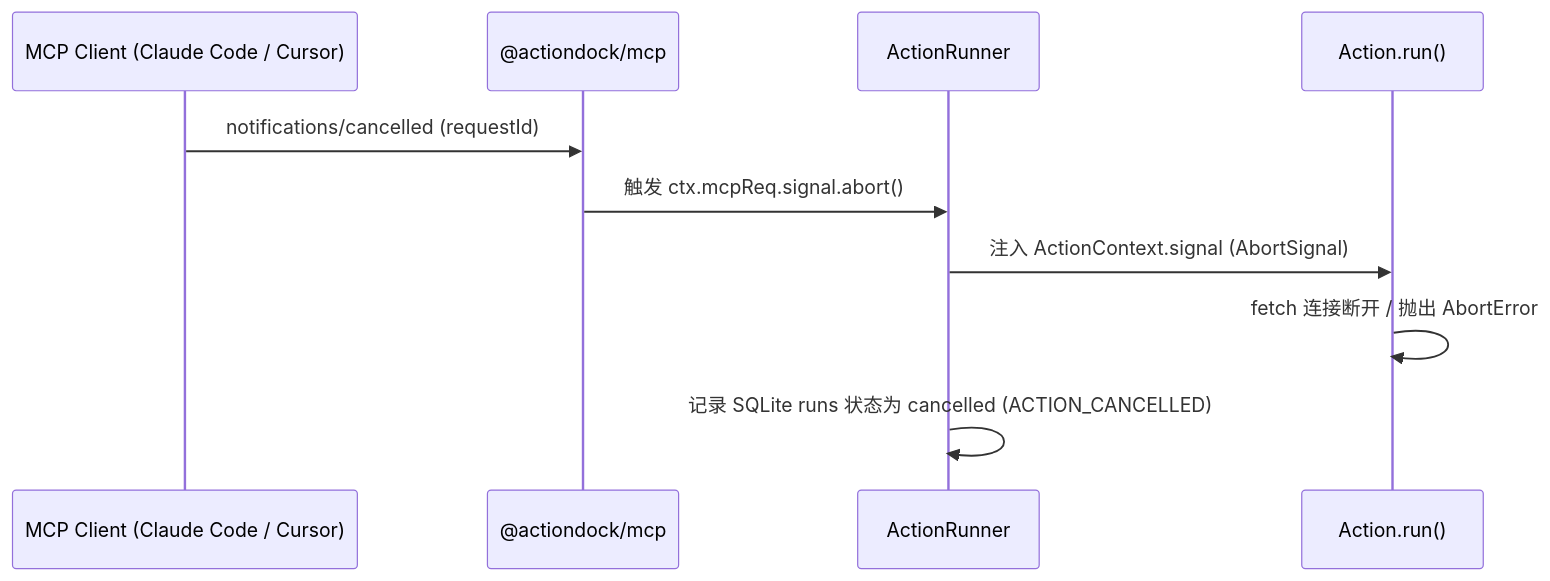
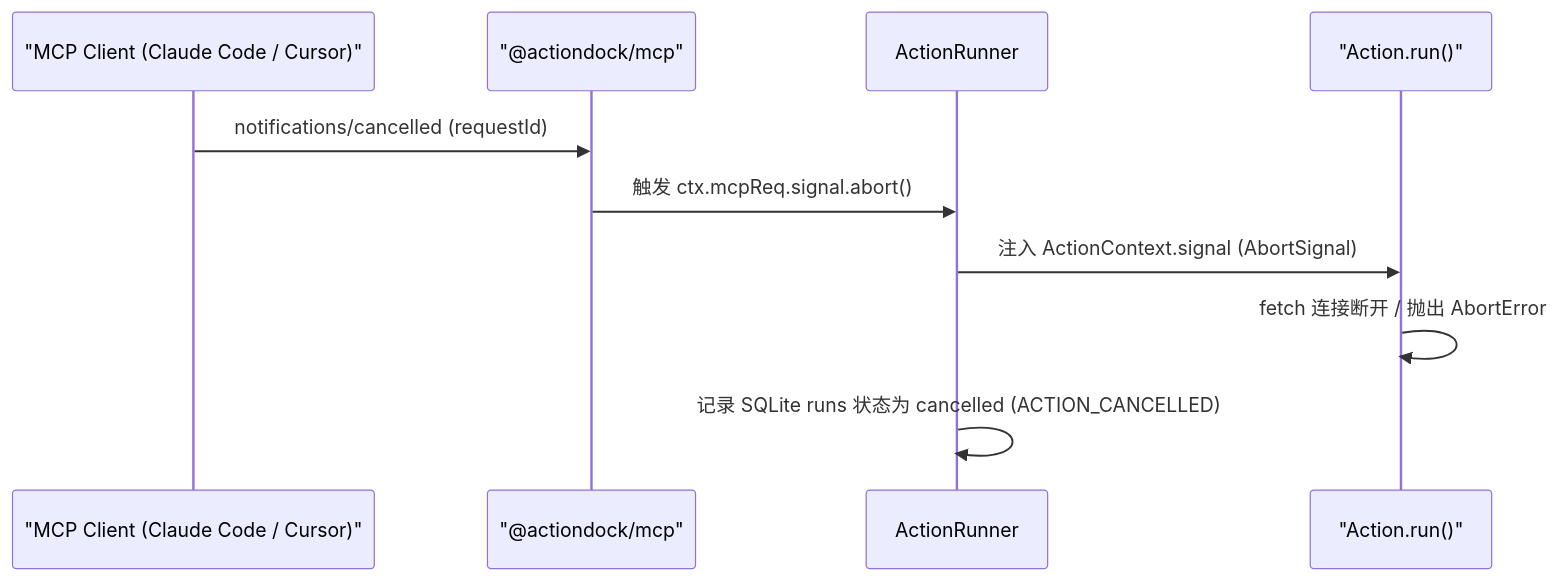
The second of 2 diagrams in docs/mcp-integration.md (team4u/actiondock), drawn with Mermaid before and after one commit. The commit also changed other lines of this file and 9 other files, not shown here.

Commit message:
docs: fix Mermaid subgraph identifiers and quote participant labels

````diff
--- a/docs/mcp-integration.md
+++ b/docs/mcp-integration.md
@@ -212,13 +212,13 @@
 ```mermaid
 sequenceDiagram
-    participant Host as MCP Client (Claude Code / Cursor)
-    participant MCP as @actiondock/mcp
+    participant Host as "MCP Client (Claude Code / Cursor)"
+    participant MCP as "@actiondock/mcp"
     participant Runner as ActionRunner
-    participant Action as Action.run()
+    participant Action as "Action.run()"
 
     Host->>MCP: notifications/cancelled (requestId)
     MCP->>Runner: 触发 ctx.mcpReq.signal.abort()
     Runner->>Action: 注入 ActionContext.signal (AbortSignal)
     Action->>Action: fetch 连接断开 / 抛出 AbortError
     Runner->>Runner: 记录 SQLite runs 状态为 cancelled (ACTION_CANCELLED)
 ```
````
